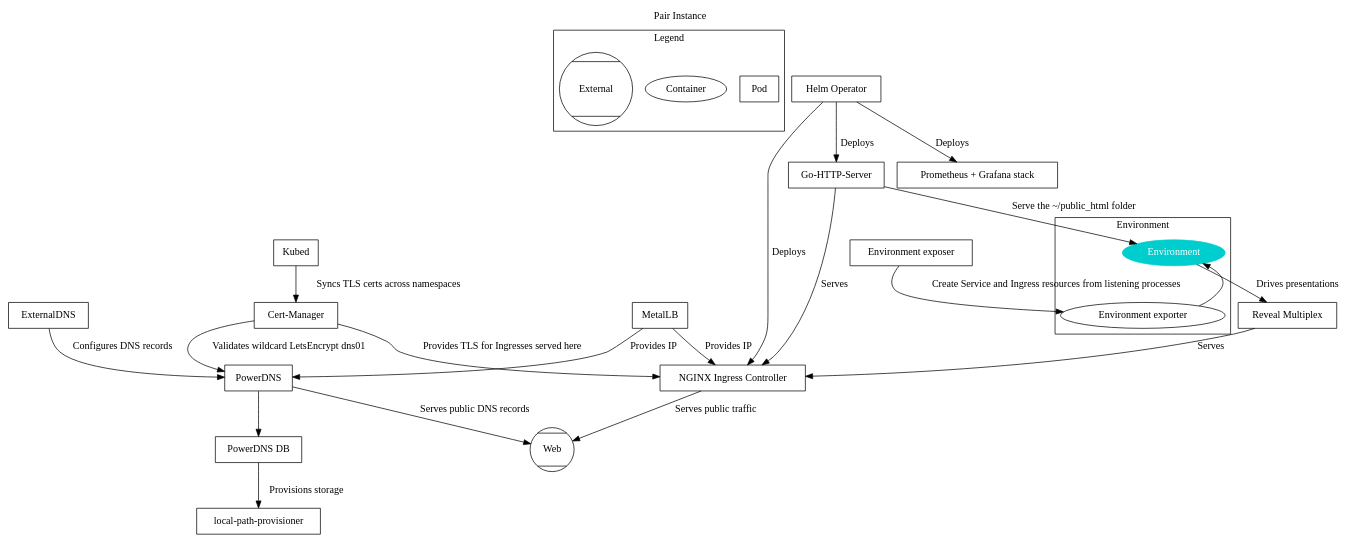
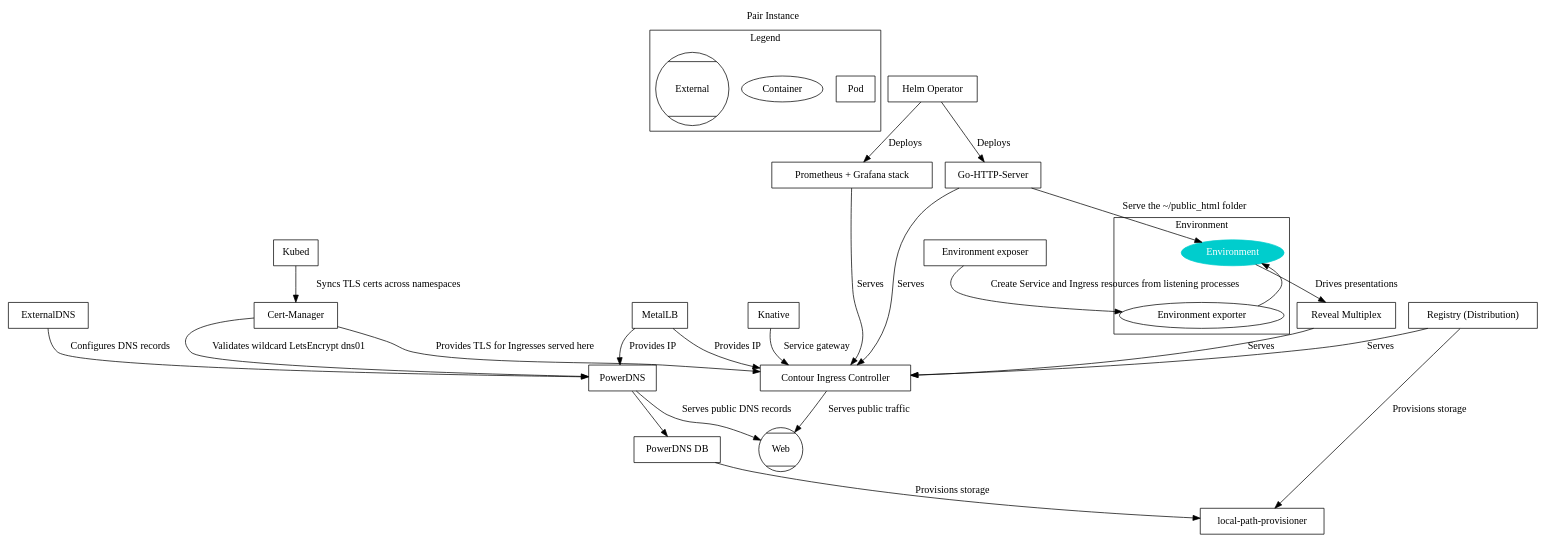
Before and after one commit to sharingio/.sharing.io: the first of 2 diagrams in README.org, drawn with Graphviz. The commit also changed other lines of this file and 1 other file, not shown here.

Commit message:
Update software and architecture docs

```diff
--- a/README.org
+++ b/README.org
@@ -55,57 +57,62 @@
 #+begin_src dot :file ./pair-instance.svg
 digraph PairInstance {
     label="Pair Instance"
     labelloc="t"
     graph[compound=true]
 
     subgraph cluster0 {
       label="Legend"
       Pod [shape=rectangle]
       Container [shape=ellipse]
       External [shape=Mcircle]
     }
 
     subgraph cluster1 {
       label="Environment"
       Environment [label="Environment" shape=ellipse color=cyan3 fontcolor=white style=filled]
       EnvironmentExporter [label="Environment exporter" shape=ellipse]
       Environment -> EnvironmentExporter [dir=back]
     }
 
     EnvironmentExposer [label="Environment exposer" shape=rectangle]
     PowerDNS [label="PowerDNS" shape=rectangle]
     PowerDNSDB [label="PowerDNS DB" shape=rectangle]
     ExternalDNS [label="ExternalDNS" shape=rectangle]
     CertManager [label="Cert-Manager" shape=rectangle]
-    NginxIngressController [label="NGINX Ingress Controller" shape=rectangle]
+    ContourIngressController [label="Contour Ingress Controller" shape=rectangle]
     GoHttpServer [label="Go-HTTP-Server" shape=rectangle]
     HelmOperator [label="Helm Operator" shape=rectangle]
     LocalPathProvisioner [label="local-path-provisioner" shape=rectangle]
     RevealMultiplex [label="Reveal Multiplex" shape=rectangle]
     KubePrometheus [label="Prometheus + Grafana stack" shape=rectangle]
     MetalLB [label="MetalLB" shape=rectangle]
     Kubed [label="Kubed" shape=rectangle]
+    Knative [label="Knative" shape=rectangle]
+    Registry [label="Registry (Distribution)" shape=rectangle]
 
     Web [label="Web" shape=Mcircle]
 
     EnvironmentExposer -> EnvironmentExporter [label="Create Service and Ingress resources from listening processes"]
     GoHttpServer -> Environment [label="Serve the ~/public_html folder"]
     MetalLB -> PowerDNS [label="Provides IP"]
     PowerDNS -> PowerDNSDB
     ExternalDNS -> PowerDNS [label="Configures DNS records"]
     CertManager -> PowerDNS [label="Validates wildcard LetsEncrypt dns01"]
-    MetalLB -> NginxIngressController [label="Provides IP"]
-    GoHttpServer -> NginxIngressController [label="Serves"]
-    RevealMultiplex -> NginxIngressController [label="Serves"]
-    CertManager -> NginxIngressController [label="Provides TLS for Ingresses served here"]
-    HelmOperator -> NginxIngressController [label="Deploys"]
+    MetalLB -> ContourIngressController [label="Provides IP"]
+    Registry -> ContourIngressController [label="Serves"]
+    GoHttpServer -> ContourIngressController [label="Serves"]
+    RevealMultiplex -> ContourIngressController [label="Serves"]
+    KubePrometheus -> ContourIngressController [label="Serves"]
+    CertManager -> ContourIngressController [label="Provides TLS for Ingresses served here"]
     HelmOperator -> KubePrometheus [label="Deploys"]
     HelmOperator -> GoHttpServer [label="Deploys"]
     PowerDNSDB -> LocalPathProvisioner [label="Provisions storage"]
+    Registry -> LocalPathProvisioner [label="Provisions storage"]
     Environment -> RevealMultiplex [label="Drives presentations"]
     Kubed -> CertManager [label="Syncs TLS certs across namespaces"]
+    Knative -> ContourIngressController [label="Service gateway"]
 
     PowerDNS -> Web [label="Serves public DNS records"]
-    NginxIngressController -> Web [label="Serves public traffic"]
+    ContourIngressController -> Web [label="Serves public traffic"]
 }
 #+end_src
```
